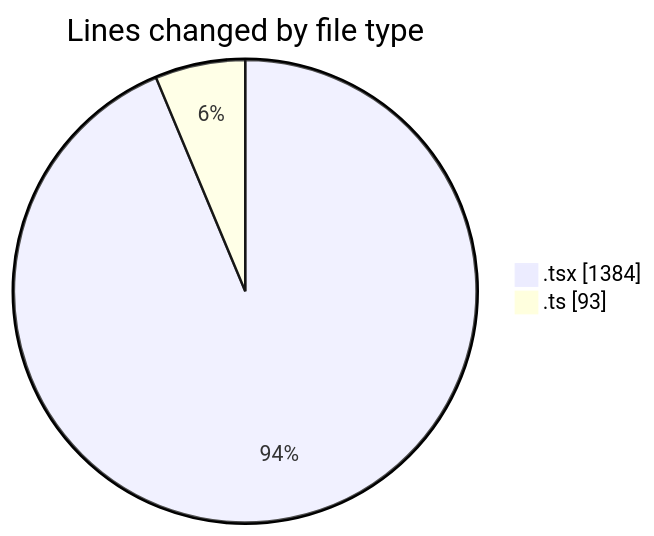
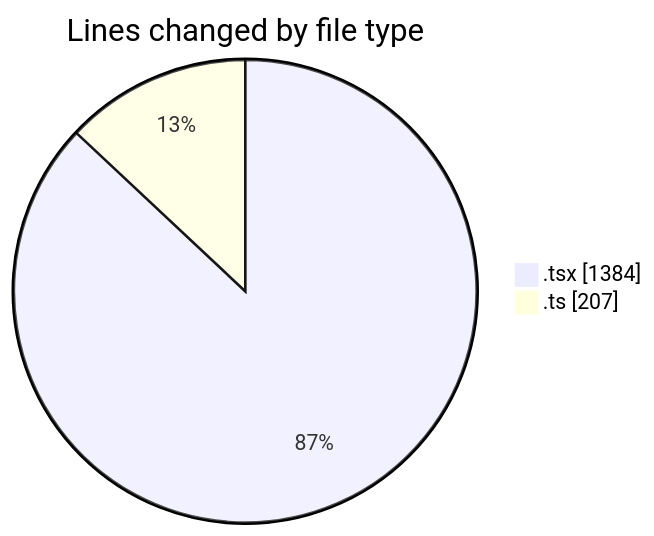
The first of 2 diagrams in 2026-02-04/nxtqube_webapp/README.md (nxtqubesakshisongat/code-tracking), drawn with Mermaid before and after one commit. The commit also changed other lines of this file and 1 other file, not shown here.

````diff
--- a/2026-02-04/nxtqube_webapp/README.md
+++ b/2026-02-04/nxtqube_webapp/README.md
@@ -21,6 +22,6 @@
 ```mermaid
 pie showData
 title Lines changed by file type
 ".tsx" : 1384
-".ts" : 93
+".ts" : 207
 ```
````
